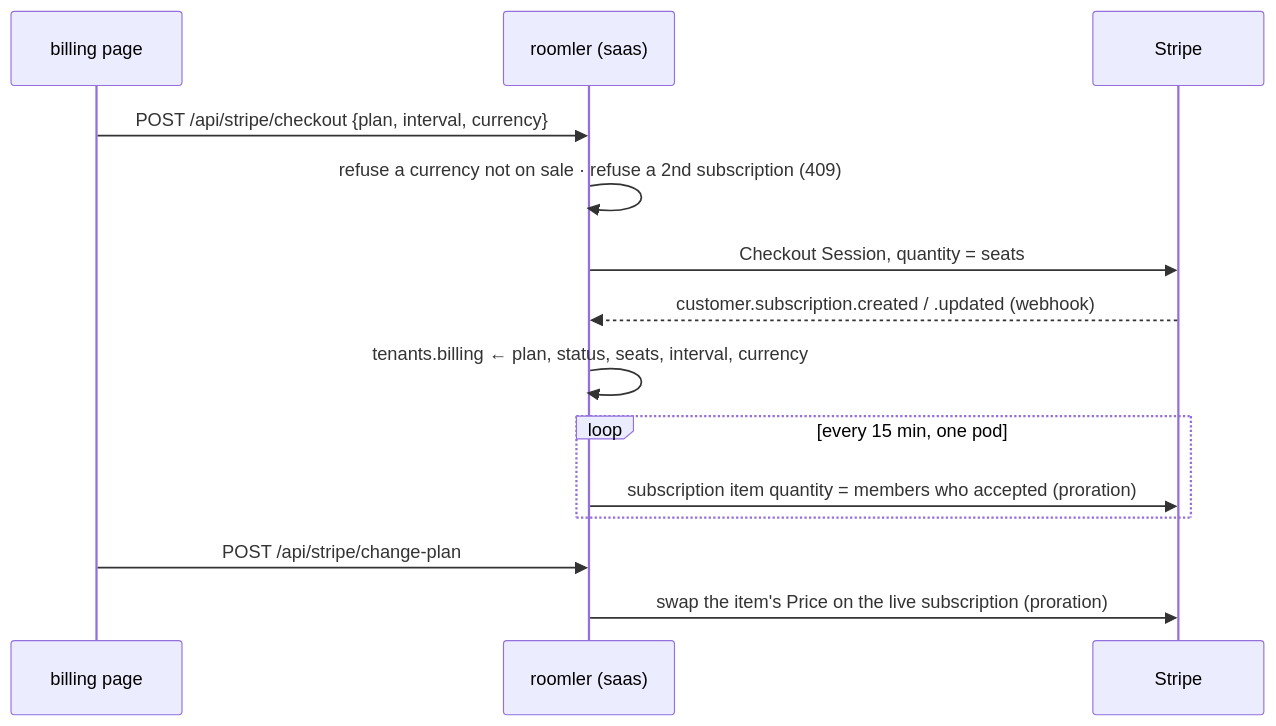
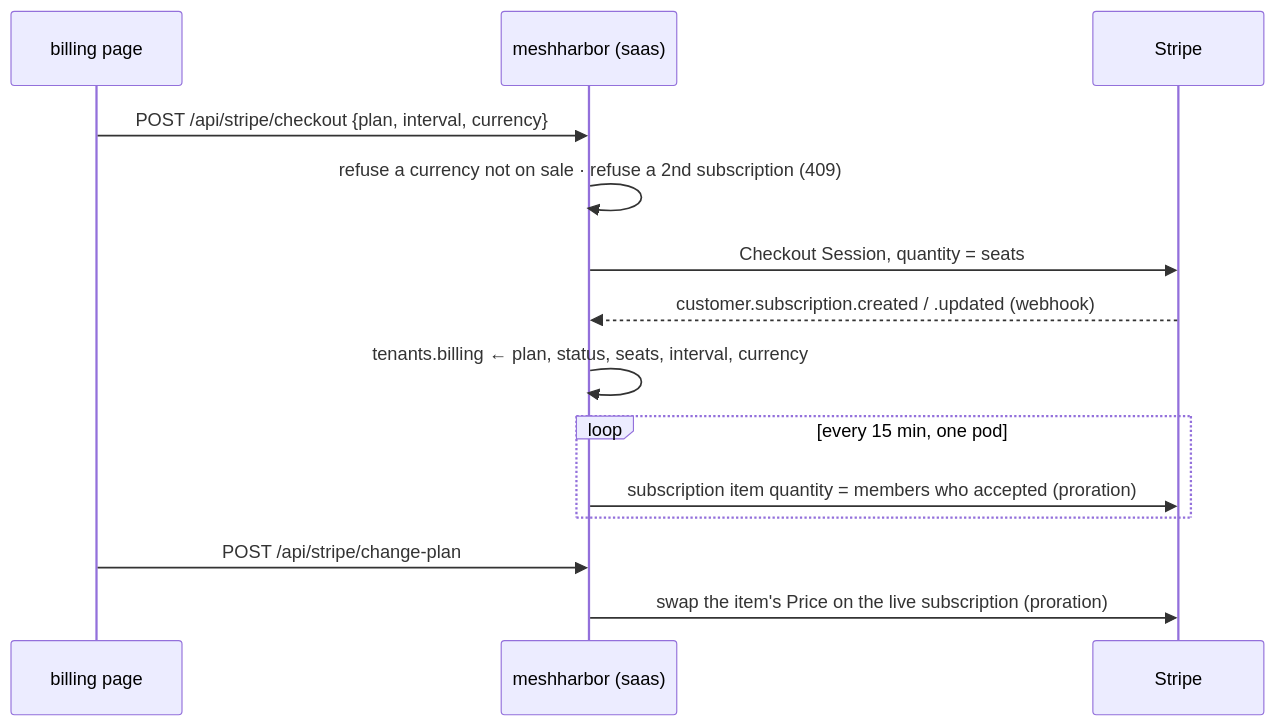
The second of 2 diagrams in docs/plans-and-limits.md (jk-zhang-meta/MeshHarbor), drawn with Mermaid before and after one commit. The commit also changed 682 other files, not shown here.

````diff
--- a/docs/plans-and-limits.md
+++ b/docs/plans-and-limits.md
@@ -107,16 +107,16 @@
 ```mermaid
 sequenceDiagram
     participant UI as billing page
-    participant API as roomler (saas)
+    participant API as meshharbor (saas)
     participant S as Stripe
     UI->>API: POST /api/stripe/checkout {plan, interval, currency}
     API->>API: refuse a currency not on sale · refuse a 2nd subscription (409)
     API->>S: Checkout Session, quantity = seats
     S-->>API: customer.subscription.created / .updated (webhook)
     API->>API: tenants.billing ← plan, status, seats, interval, currency
     loop every 15 min, one pod
         API->>S: subscription item quantity = members who accepted (proration)
     end
     UI->>API: POST /api/stripe/change-plan
     API->>S: swap the item's Price on the live subscription (proration)
 ```
````
